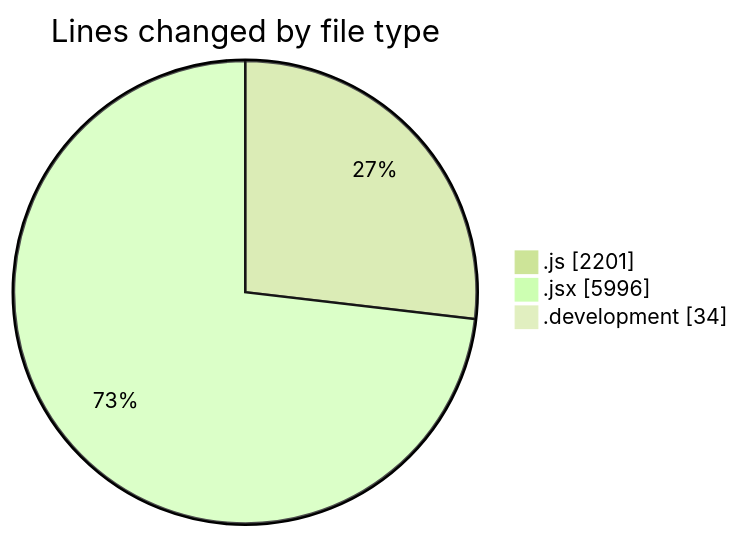
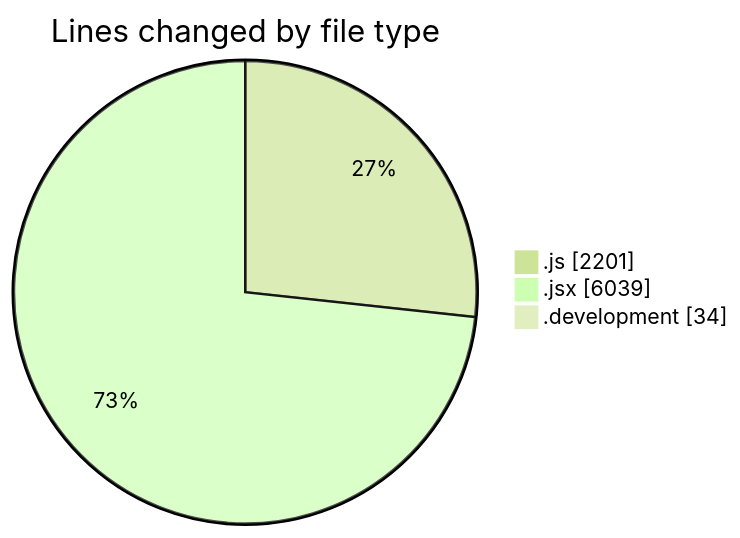
The first of 2 diagrams in 2025-09-18/nxtqube_webapp/README.md (nxtqubesakshisongat/code-tracking), drawn with Mermaid (forest theme) before and after one commit. The commit also changed other lines of this file and 1 other file, not shown here.

````diff
--- a/2025-09-18/nxtqube_webapp/README.md
+++ b/2025-09-18/nxtqube_webapp/README.md
@@ -38,7 +38,7 @@
 ```mermaid
 pie showData
 title Lines changed by file type
 ".js" : 2201
-".jsx" : 5996
+".jsx" : 6039
 ".development" : 34
 ```
````
